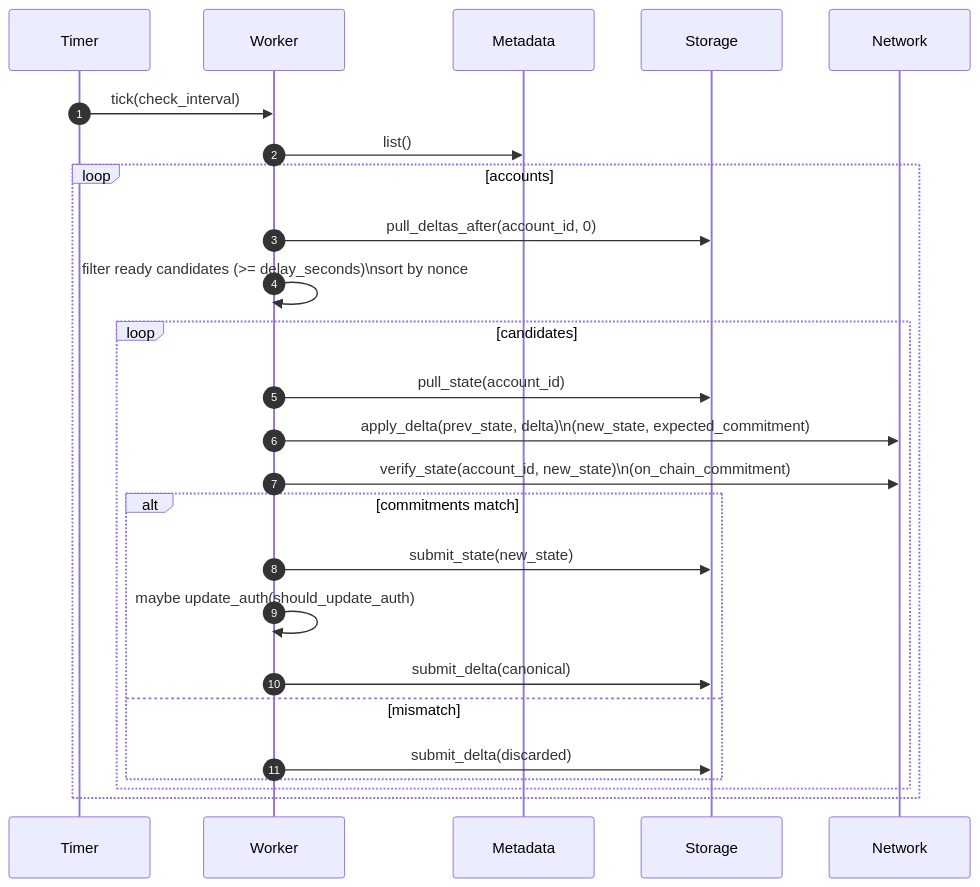
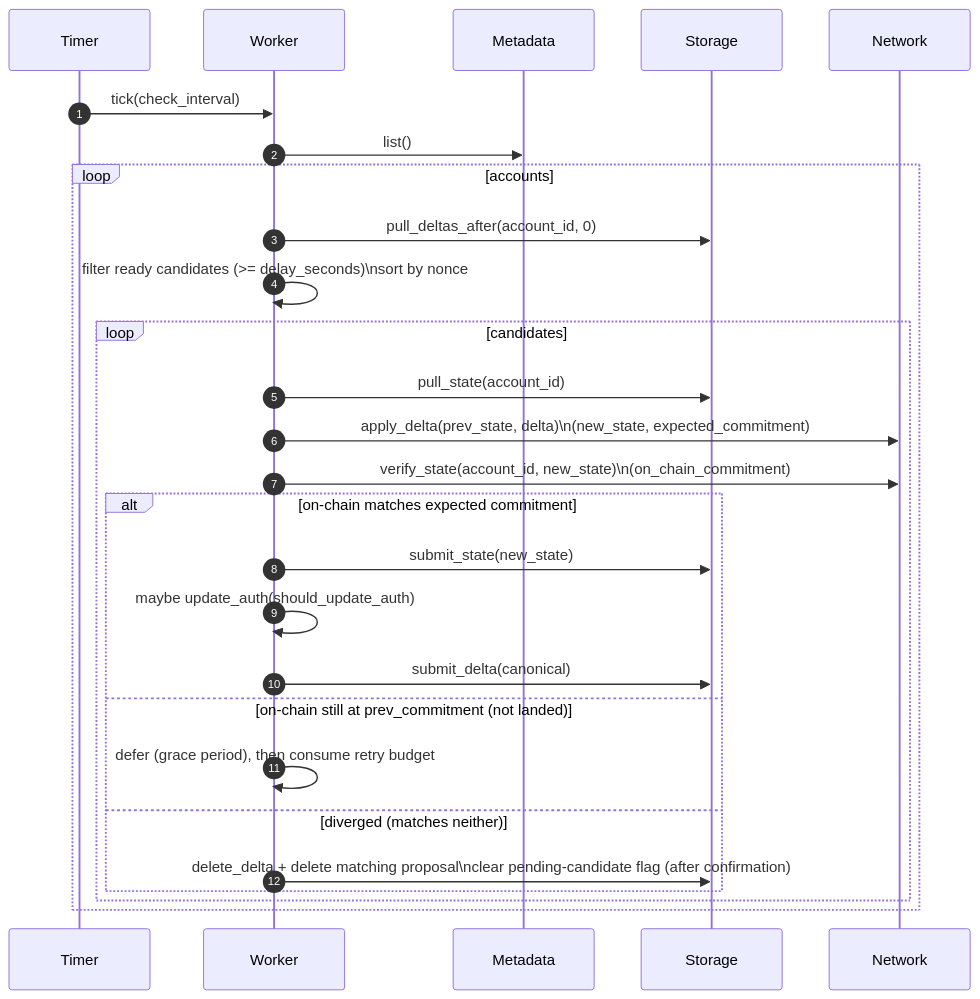
Before and after one commit to OpenZeppelin/guardian: the tenth of 10 diagrams in spec/processes.md, drawn with Mermaid. The commit also changed other lines of this file and 13 other files, not shown here.

````diff
--- a/spec/processes.md
+++ b/spec/processes.md
@@ -244,27 +256,29 @@
 ```mermaid
 sequenceDiagram
   autonumber
   participant T as Timer
   participant W as Worker
   participant M as Metadata
   participant ST as Storage
   participant N as Network
   T->>W: tick(check_interval)
   W->>M: list()
   loop accounts
     W->>ST: pull_deltas_after(account_id, 0)
     W->>W: filter ready candidates (>= delay_seconds)\nsort by nonce
     loop candidates
       W->>ST: pull_state(account_id)
       W->>N: apply_delta(prev_state, delta)\n(new_state, expected_commitment)
       W->>N: verify_state(account_id, new_state)\n(on_chain_commitment)
-      alt commitments match
+      alt on-chain matches expected commitment
         W->>ST: submit_state(new_state)
         W->>W: maybe update_auth(should_update_auth)
         W->>ST: submit_delta(canonical)
-      else mismatch
-        W->>ST: submit_delta(discarded)
+      else on-chain still at prev_commitment (not landed)
+        W->>W: defer (grace period), then consume retry budget
+      else diverged (matches neither)
+        W->>ST: delete_delta + delete matching proposal\nclear pending-candidate flag (after confirmation)
       end
     end
   end
 ```
````
